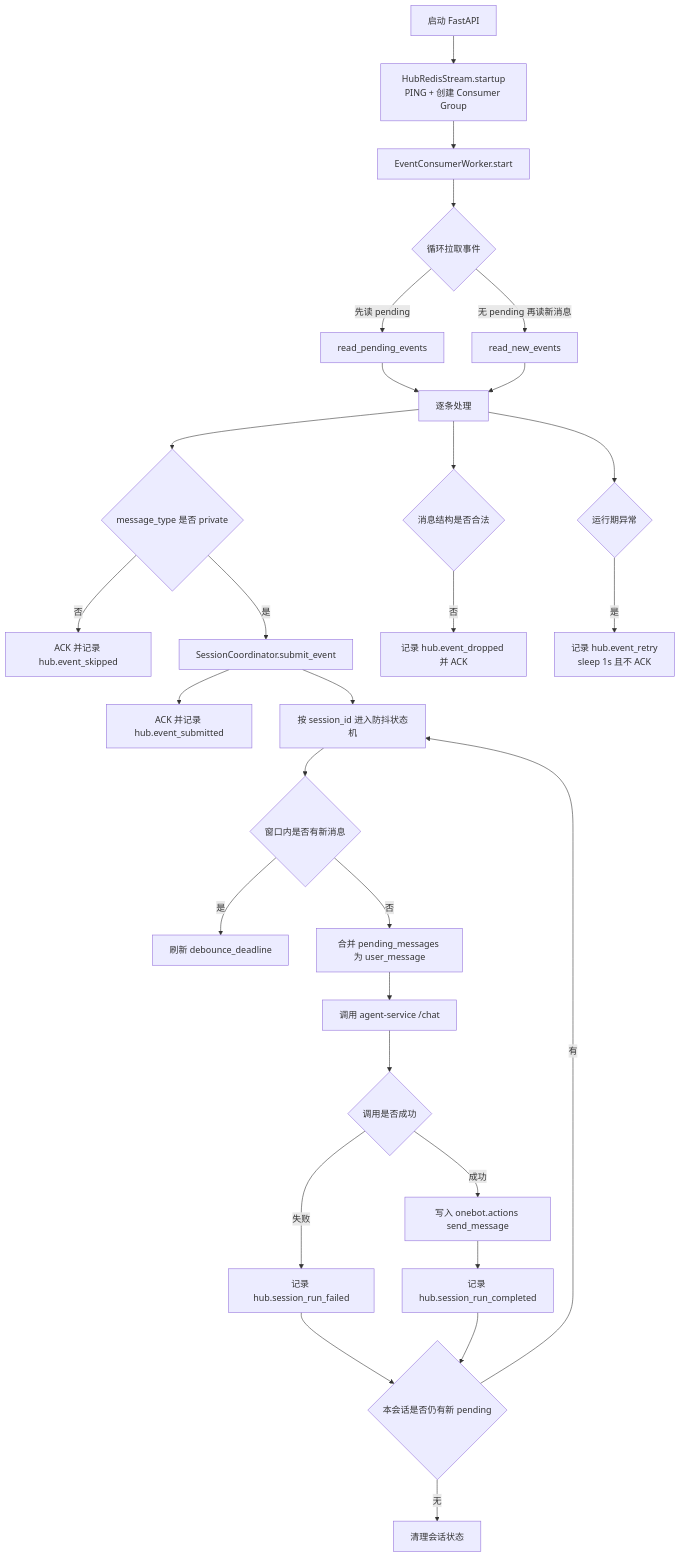
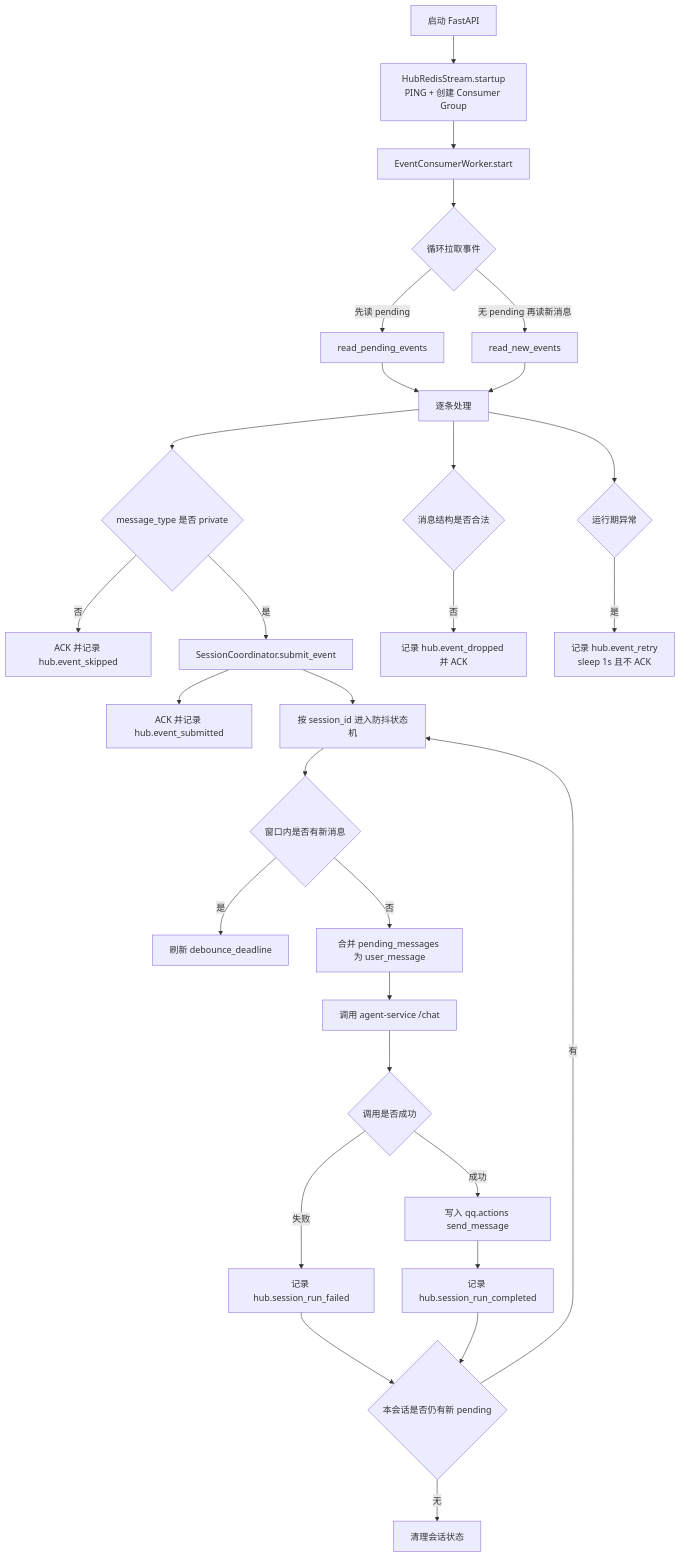
Before and after one commit to tamakara/AIChan: the diagram in docs/hub-service.md, drawn with Mermaid. The commit also changed other lines of this file and 73 other files, not shown here.

````diff
--- a/docs/hub-service.md
+++ b/docs/hub-service.md
@@ -66,34 +66,34 @@
 ```mermaid
 flowchart TD
     A[启动 FastAPI] --> B[HubRedisStream.startup<br/>PING + 创建 Consumer Group]
     B --> C[EventConsumerWorker.start]
     C --> D{循环拉取事件}
     D -->|先读 pending| E[read_pending_events]
     D -->|无 pending 再读新消息| F[read_new_events]
     E --> G[逐条处理]
     F --> G
 
     G --> H{message_type 是否 private}
     H -->|否| I[ACK 并记录 hub.event_skipped]
     H -->|是| J[SessionCoordinator.submit_event]
     J --> K[ACK 并记录 hub.event_submitted]
 
     J --> L[按 session_id 进入防抖状态机]
     L --> M{窗口内是否有新消息}
     M -->|是| N[刷新 debounce_deadline]
     M -->|否| O[合并 pending_messages 为 user_message]
     O --> P[调用 agent-service /chat]
     P --> Q{调用是否成功}
-    Q -->|成功| R[写入 onebot.actions send_message]
+    Q -->|成功| R[写入 qq.actions send_message]
     Q -->|失败| S[记录 hub.session_run_failed]
     R --> T[记录 hub.session_run_completed]
     S --> U{本会话是否仍有新 pending}
     T --> U
     U -->|有| L
     U -->|无| V[清理会话状态]
 
     G --> W{消息结构是否合法}
     W -->|否| X[记录 hub.event_dropped 并 ACK]
     G --> Y{运行期异常}
     Y -->|是| Z[记录 hub.event_retry<br/>sleep 1s 且不 ACK]
 ```
````
